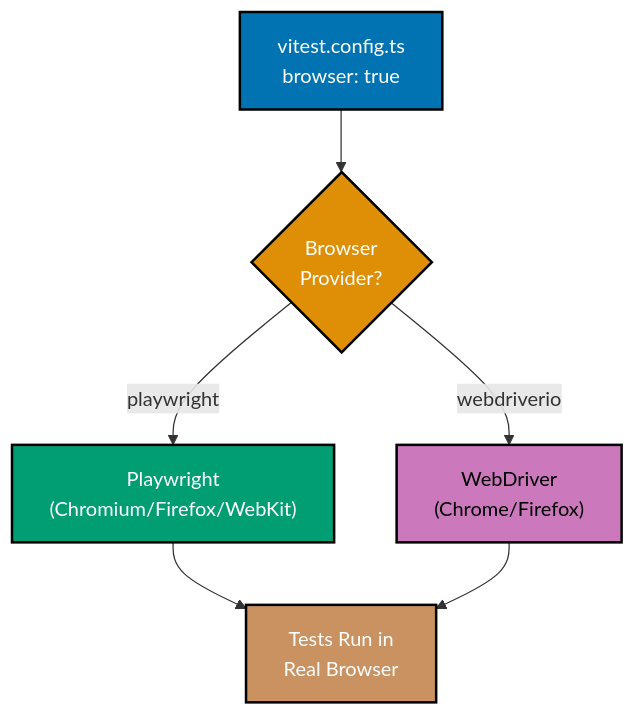
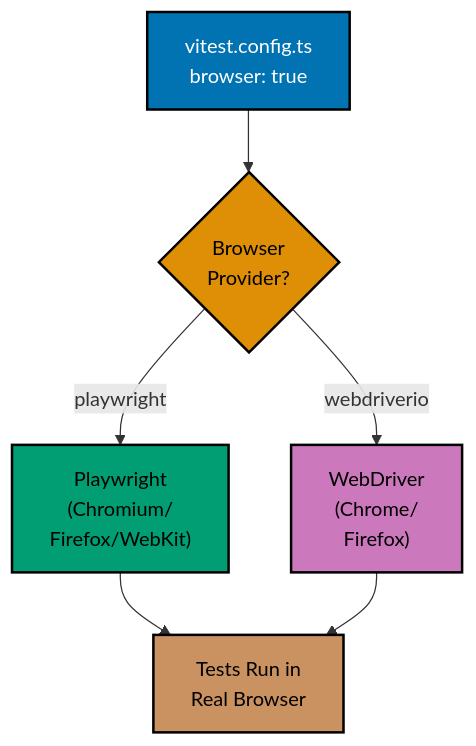
One commit to wahidyankf/ose-public changed the second of 9 diagrams in apps/ayokoding-www/content/en/learn/legacy/software-engineering/automation-testing/tools/vitest/by-example/advanced.md. Above: the diagram before and after it, drawn with Mermaid. The commit also changed other lines of this file and 131 other files, not shown here.

First line of the commit message:
fix(mermaid): bring the legacy data, infrastructure, and testing diagrams onto the accessible palette

````diff
--- a/apps/ayokoding-www/content/en/learn/legacy/software-engineering/automation-testing/tools/vitest/by-example/advanced.md
+++ b/apps/ayokoding-www/content/en/learn/legacy/software-engineering/automation-testing/tools/vitest/by-example/advanced.md
@@ -235,15 +243,23 @@
 ```mermaid
 %% Color Palette: Blue #0173B2, Orange #DE8F05, Teal #029E73, Purple #CC78BC, Brown #CA9161
 graph TD
+    accTitle: Example 62: Browser Mode Configuration
+    accDescr: Graph with 5 nodes and 5 connections. Nodes: vitest.config.ts browser: true, Browser Provider?, Playwright 40Chromium/ Firefox/WebKit41, WebDriver 40Chrome/ Firefox41, Tests Run in Real Browser. Connections: vitest.config.ts browser: true to Browser Provider?, Browser Provider? to Playwright 40Chromium/ Firefox/WebKit41 (playwright), Browser Provider? to WebDriver 40Chrome/ Firefox41 (webdriverio), Playwright 40Chromium/ Firefox/WebKit41 to Tests Run in Real Browser, WebDriver 40Chrome/ Firefox41 to Tests Run in Real Browser.
     A["vitest.config.ts<br/>browser: true"] --> B{"Browser<br/>Provider?"}
-    B -->|playwright| C["Playwright<br/>#40;Chromium/Firefox/WebKit#41;"]
-    B -->|webdriverio| D["WebDriver<br/>#40;Chrome/Firefox#41;"]
+    B -->|playwright| C["Playwright<br/>#40;Chromium/<br/>Firefox/WebKit#41;"]
+    B -->|webdriverio| D["WebDriver<br/>#40;Chrome/<br/>Firefox#41;"]
     C --> E["Tests Run in<br/>Real Browser"]
     D --> E
 
-    style A fill:#0173B2,stroke:#000000,stroke-width:2px,color:#fff
-    style B fill:#DE8F05,stroke:#000000,stroke-width:2px,color:#fff
-    style C fill:#029E73,stroke:#000000,stroke-width:2px,color:#fff
-    style D fill:#CC78BC,stroke:#000000,stroke-width:2px,color:#000
-    style E fill:#CA9161,stroke:#000000,stroke-width:2px,color:#fff
+    classDef pal-0173B2 fill:#0173B2,stroke:#000000,color:#FFFFFF,stroke-width:2px
+    class A pal-0173B2
+    classDef pal-DE8F05 fill:#DE8F05,stroke:#000000,color:#000000,stroke-width:2px
+    class B pal-DE8F05
+    classDef pal-029E73 fill:#029E73,stroke:#000000,color:#000000,stroke-width:2px
+    class C pal-029E73
+    classDef pal-CC78BC fill:#CC78BC,stroke:#000000,color:#000000,stroke-width:2px
+    class D pal-CC78BC
+    classDef pal-CA9161 fill:#CA9161,stroke:#000000,color:#000000,stroke-width:2px
+    class E pal-CA9161
+    classDef default fill:#FFFFFF,stroke:#000000,color:#000000
 ```
````
